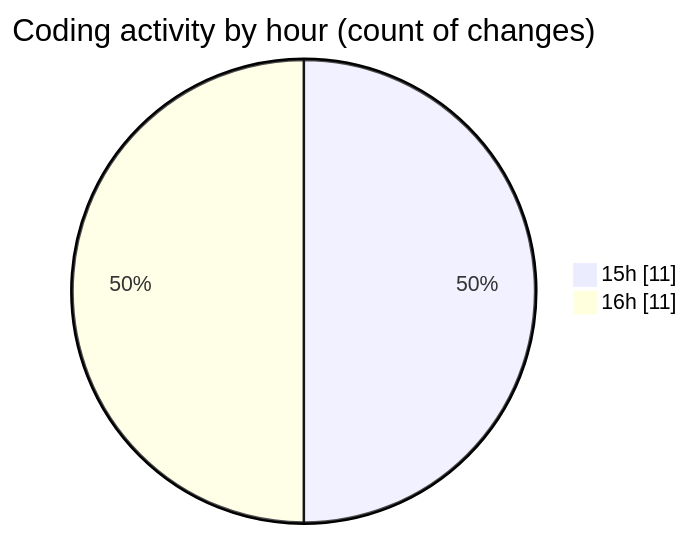
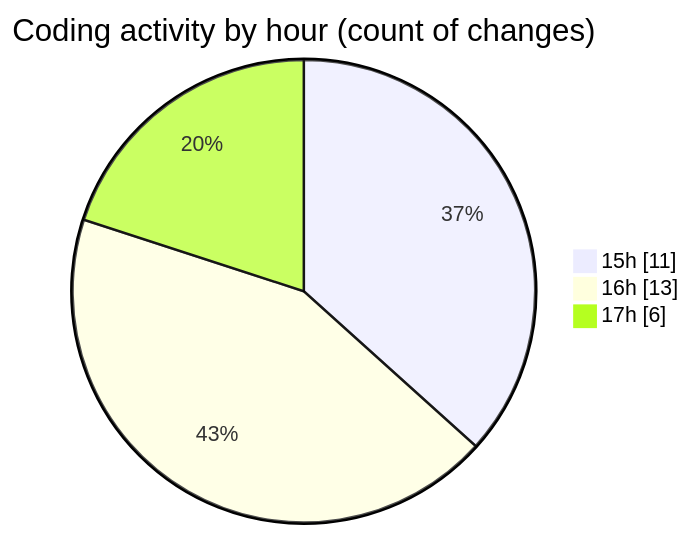
One commit to robertbonfada/code-tracking changed the second of 2 diagrams in 2025-03-08/mbc-web/README.md. Above: the diagram before and after it, drawn with Mermaid. The commit also changed other lines of this file and 1 other file, not shown here.

````diff
--- a/2025-03-08/mbc-web/README.md
+++ b/2025-03-08/mbc-web/README.md
@@ -34,6 +34,7 @@
 ```mermaid
 pie showData
 title Coding activity by hour (count of changes)
 "15h" : 11
-"16h" : 11
+"16h" : 13
+"17h" : 6
 ```
````
